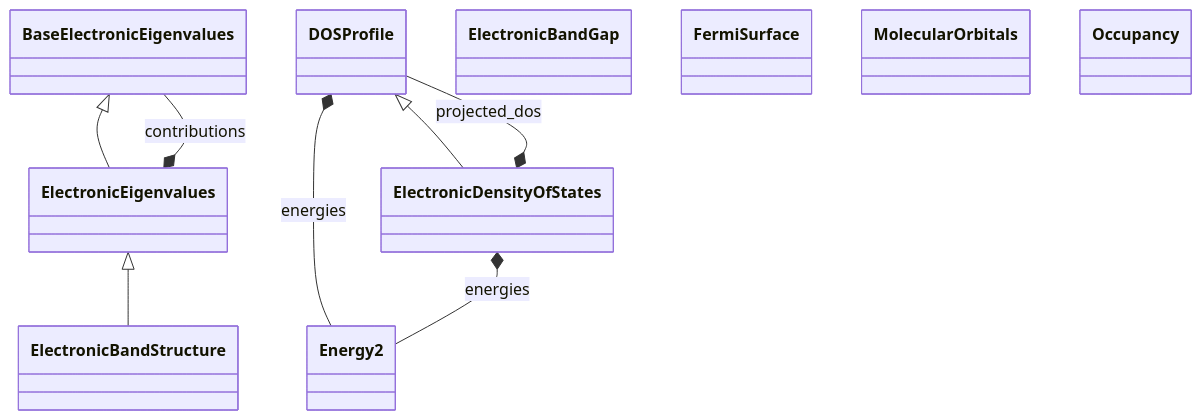
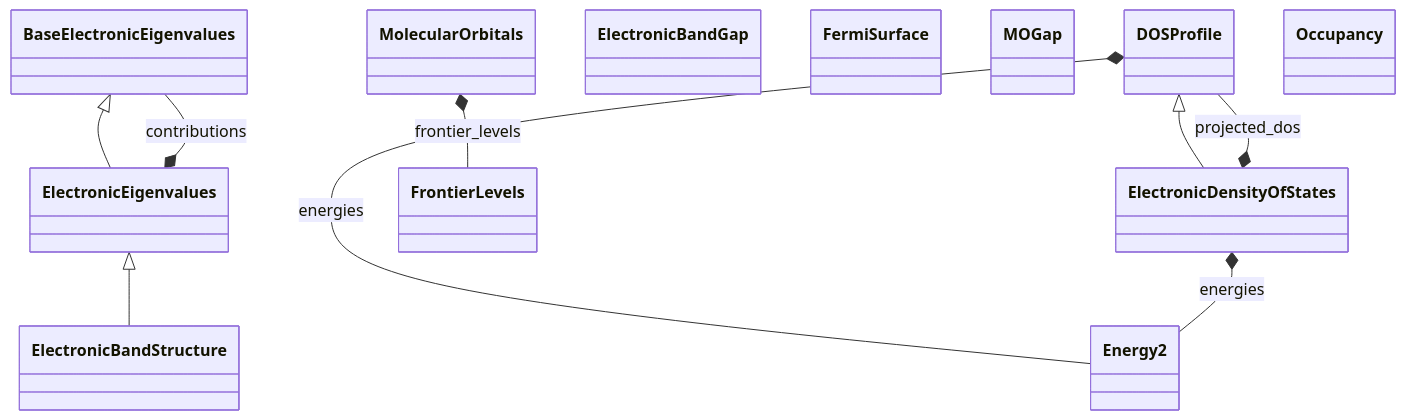
One commit to FAIRmat-NFDI/nomad-simulations changed the diagram in docs/schema/electronic_properties.md. Above: the diagram before and after it, drawn with Mermaid. The commit also changed other lines of this file and 10 other files, not shown here.

First line of the commit message:
Standardize molecular frontier levels and gap via `FrontierLevels` and `MOGap`

````diff
--- a/docs/schema/electronic_properties.md
+++ b/docs/schema/electronic_properties.md
@@ -11,20 +11,23 @@
 ```mermaid
 classDiagram
     class BaseElectronicEigenvalues
     class DOSProfile
     class ElectronicBandGap
     class ElectronicBandStructure
     class ElectronicDensityOfStates
     class ElectronicEigenvalues
     class Energy2
     class FermiSurface
+    class FrontierLevels
+    class MOGap
     class MolecularOrbitals
     class Occupancy
     ElectronicEigenvalues <|-- ElectronicBandStructure
     DOSProfile <|-- ElectronicDensityOfStates
     BaseElectronicEigenvalues <|-- ElectronicEigenvalues
     DOSProfile *-- Energy2 : energies
     ElectronicDensityOfStates *-- DOSProfile : projected_dos
     ElectronicDensityOfStates *-- Energy2 : energies
     ElectronicEigenvalues *-- BaseElectronicEigenvalues : contributions
+    MolecularOrbitals *-- FrontierLevels : frontier_levels
 ```
````
